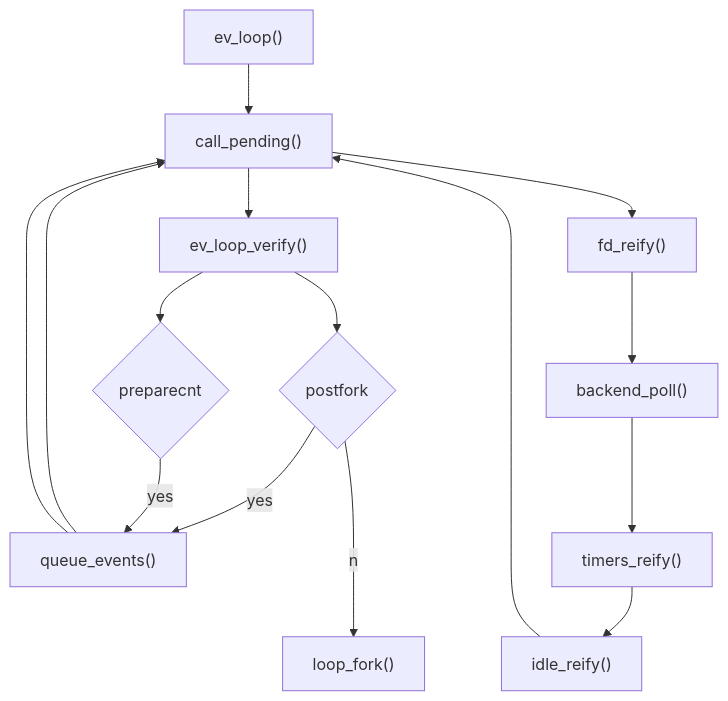
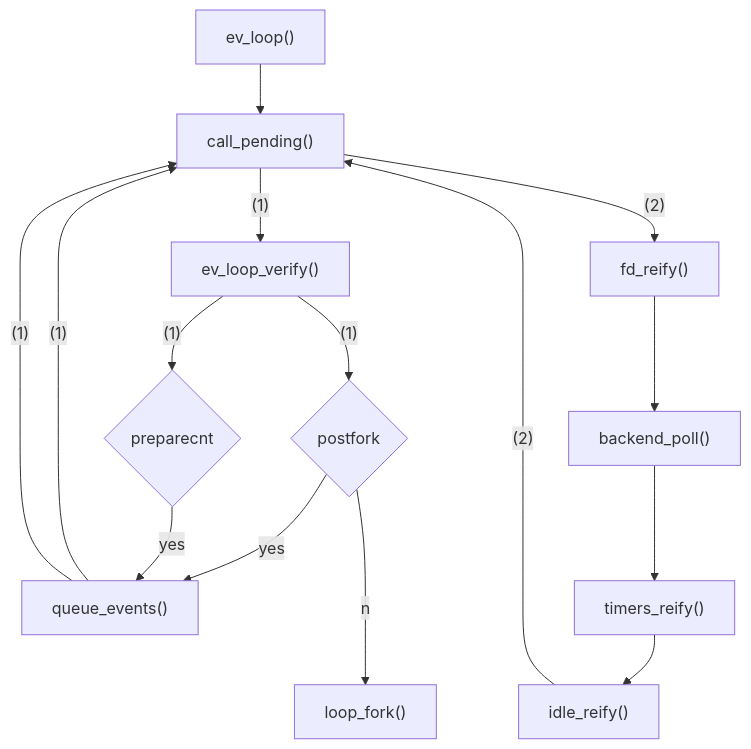
The first of 4 diagrams in libev-analysis/libev.md (zivyou/notes), drawn with Mermaid before and after one commit. The commit also changed other lines of this file, not shown here.

````diff
--- a/libev-analysis/libev.md
+++ b/libev-analysis/libev.md
@@ -25,12 +25,12 @@
 ```mermaid
 graph TD
-ev_loop["ev_loop()"] --> call_pending["call_pending()"] --> ev_loop_verify["ev_loop_verify()"] --> postfork{postfork};
-postfork --yes--> queue_events["queue_events()"] --> call_pending["call_pending()"];
+ev_loop["ev_loop()"] --> call_pending["call_pending()"] --"(1)"--> ev_loop_verify["ev_loop_verify()"] --"(1)"--> postfork{postfork};
+postfork --yes--> queue_events["queue_events()"] --"(1)"--> call_pending["call_pending()"];
 
-ev_loop_verify --> preparecnt{preparecnt} --yes--> queue_events --> call_pending;
+ev_loop_verify --"(1)"--> preparecnt{preparecnt} --yes--> queue_events --"(1)"--> call_pending;
 
 postfork --no--> loop_fork["loop_fork()"];
-call_pending --> fd_reify["fd_reify()"]
+call_pending --"(2)"--> fd_reify["fd_reify()"]
 
-fd_reify --> backend_poll["backend_poll()"] --> timers_reify["timers_reify()"] --> idle_reify["idle_reify()"] --> call_pending
+fd_reify --> backend_poll["backend_poll()"] --> timers_reify["timers_reify()"] --> idle_reify["idle_reify()"] --"(2)"--> call_pending
 ```
````
